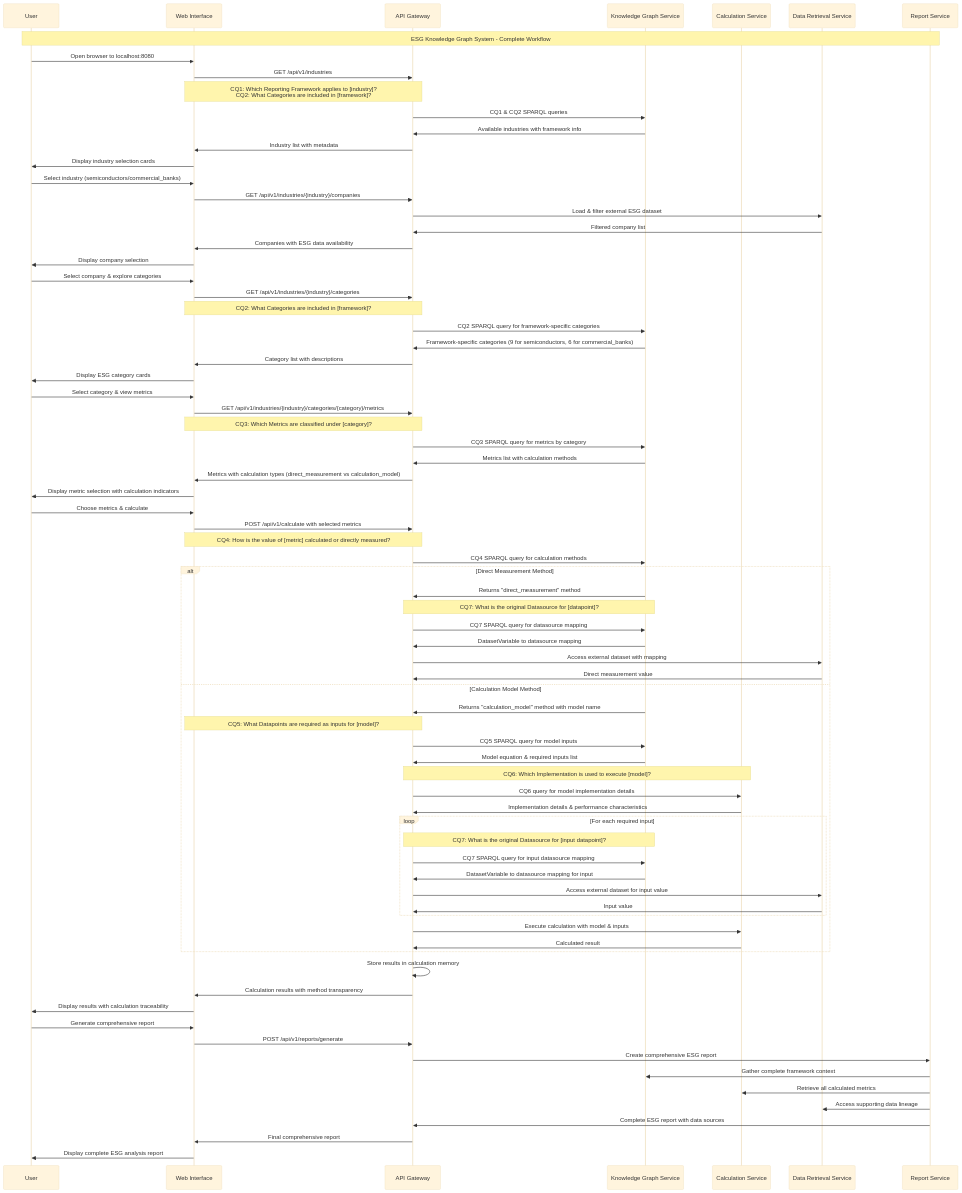
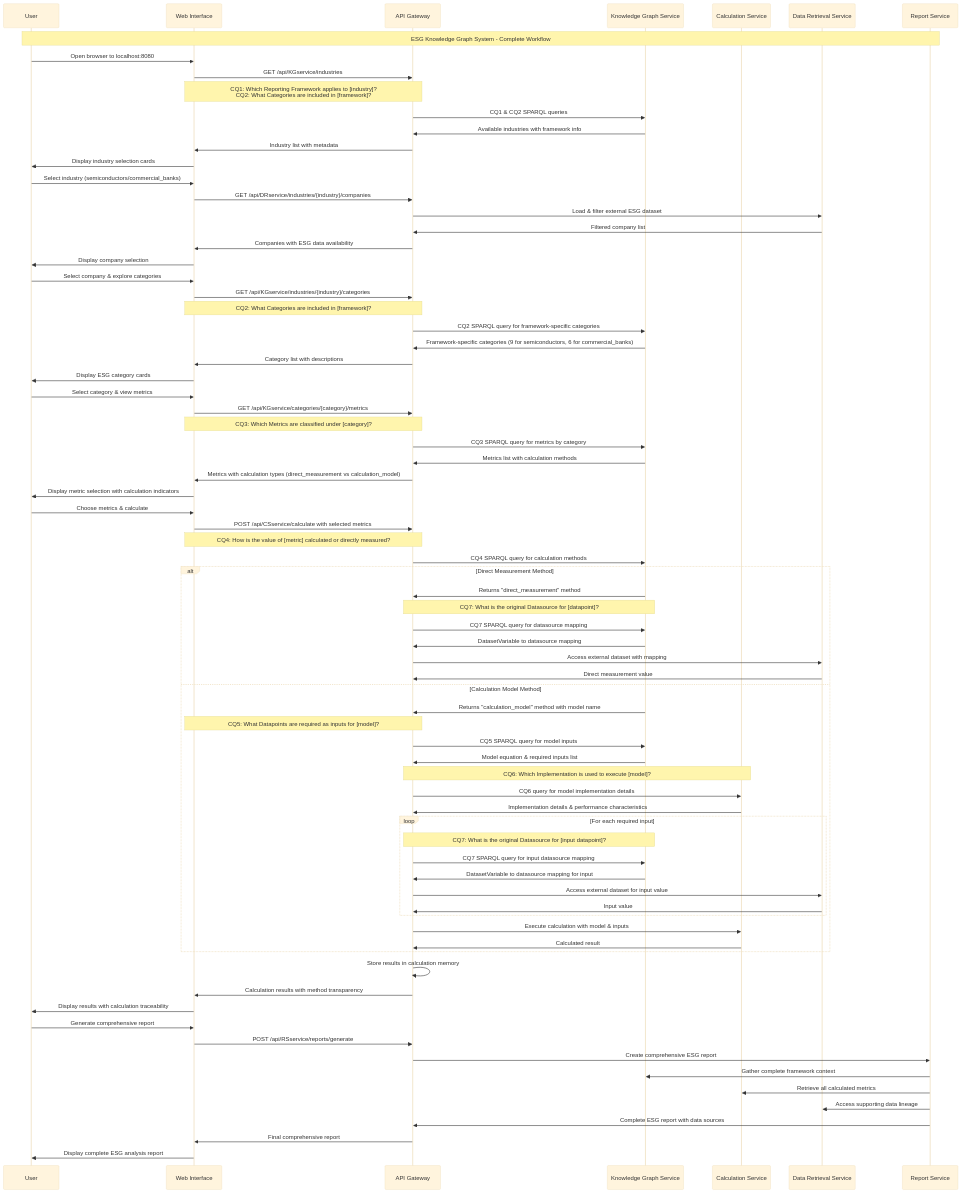
Before and after one commit to Inspiring-Ming/ESG-Metric-System: the diagram in diagrams/esg_system_sequence_diagram.mmd, drawn with Mermaid (base theme). The commit also changed 2 other files, not shown here.

Commit message:
Add OpenAPI 3.0.3 contract and clean up remaining v1 references
- Add openapi.yaml: formal API contract with 27 endpoints across 6 services
  (KGservice, DRservice, CSservice, RSservice, SYSservice, EVALservice),
  12 reusable schemas, and full CQ1-CQ7 documentation
- Update sequence diagram: replace /api/v1/ paths with service-based paths
- Update performance_evaluator: fix api_base_url from /api/v1 to /api

```diff
--- a/diagrams/esg_system_sequence_diagram.mmd
+++ b/diagrams/esg_system_sequence_diagram.mmd
@@ -1,88 +1,88 @@
 sequenceDiagram
     participant User
     participant Web Interface
     participant API Gateway
     participant Knowledge Graph Service
     participant Calculation Service
     participant Data Retrieval Service
     participant Report Service
 
     Note over User,Report Service: ESG Knowledge Graph System - Complete Workflow
 
     User->>Web Interface: Open browser to localhost:8080
-    Web Interface->>API Gateway: GET /api/v1/industries
+    Web Interface->>API Gateway: GET /api/KGservice/industries
     Note over Web Interface,API Gateway: CQ1: Which Reporting Framework applies to [industry]?<br/>CQ2: What Categories are included in [framework]?
     API Gateway->>Knowledge Graph Service: CQ1 & CQ2 SPARQL queries
     Knowledge Graph Service->>API Gateway: Available industries with framework info
     API Gateway->>Web Interface: Industry list with metadata
     Web Interface->>User: Display industry selection cards
 
     User->>Web Interface: Select industry (semiconductors/commercial_banks)
-    Web Interface->>API Gateway: GET /api/v1/industries/{industry}/companies
+    Web Interface->>API Gateway: GET /api/DRservice/industries/{industry}/companies
     API Gateway->>Data Retrieval Service: Load & filter external ESG dataset
     Data Retrieval Service->>API Gateway: Filtered company list
     API Gateway->>Web Interface: Companies with ESG data availability
     Web Interface->>User: Display company selection
 
     User->>Web Interface: Select company & explore categories
-    Web Interface->>API Gateway: GET /api/v1/industries/{industry}/categories
+    Web Interface->>API Gateway: GET /api/KGservice/industries/{industry}/categories
     Note over Web Interface,API Gateway: CQ2: What Categories are included in [framework]?
     API Gateway->>Knowledge Graph Service: CQ2 SPARQL query for framework-specific categories
     Knowledge Graph Service->>API Gateway: Framework-specific categories (9 for semiconductors, 6 for commercial_banks)
     API Gateway->>Web Interface: Category list with descriptions
     Web Interface->>User: Display ESG category cards
 
     User->>Web Interface: Select category & view metrics
-    Web Interface->>API Gateway: GET /api/v1/industries/{industry}/categories/{category}/metrics
+    Web Interface->>API Gateway: GET /api/KGservice/categories/{category}/metrics
     Note over Web Interface,API Gateway: CQ3: Which Metrics are classified under [category]?
     API Gateway->>Knowledge Graph Service: CQ3 SPARQL query for metrics by category
     Knowledge Graph Service->>API Gateway: Metrics list with calculation methods
     API Gateway->>Web Interface: Metrics with calculation types (direct_measurement vs calculation_model)
     Web Interface->>User: Display metric selection with calculation indicators
 
     User->>Web Interface: Choose metrics & calculate
-    Web Interface->>API Gateway: POST /api/v1/calculate with selected metrics
+    Web Interface->>API Gateway: POST /api/CSservice/calculate with selected metrics
     Note over Web Interface,API Gateway: CQ4: How is the value of [metric] calculated or directly measured?
     API Gateway->>Knowledge Graph Service: CQ4 SPARQL query for calculation methods
 
     alt Direct Measurement Method
         Knowledge Graph Service->>API Gateway: Returns "direct_measurement" method
         Note over API Gateway,Knowledge Graph Service: CQ7: What is the original Datasource for [datapoint]?
         API Gateway->>Knowledge Graph Service: CQ7 SPARQL query for datasource mapping
         Knowledge Graph Service->>API Gateway: DatasetVariable to datasource mapping
         API Gateway->>Data Retrieval Service: Access external dataset with mapping
         Data Retrieval Service->>API Gateway: Direct measurement value
     else Calculation Model Method
         Knowledge Graph Service->>API Gateway: Returns "calculation_model" method with model name
         Note over Web Interface,API Gateway: CQ5: What Datapoints are required as inputs for [model]?
         API Gateway->>Knowledge Graph Service: CQ5 SPARQL query for model inputs
         Knowledge Graph Service->>API Gateway: Model equation & required inputs list
         Note over API Gateway,Calculation Service: CQ6: Which Implementation is used to execute [model]?
         API Gateway->>Calculation Service: CQ6 query for model implementation details
         Calculation Service->>API Gateway: Implementation details & performance characteristics
         
         loop For each required input
             Note over API Gateway,Knowledge Graph Service: CQ7: What is the original Datasource for [input datapoint]?
             API Gateway->>Knowledge Graph Service: CQ7 SPARQL query for input datasource mapping
             Knowledge Graph Service->>API Gateway: DatasetVariable to datasource mapping for input
             API Gateway->>Data Retrieval Service: Access external dataset for input value
             Data Retrieval Service->>API Gateway: Input value
         end
         
         API Gateway->>Calculation Service: Execute calculation with model & inputs
         Calculation Service->>API Gateway: Calculated result
     end
 
     API Gateway->>API Gateway: Store results in calculation memory
     API Gateway->>Web Interface: Calculation results with method transparency
     Web Interface->>User: Display results with calculation traceability
 
     User->>Web Interface: Generate comprehensive report
-    Web Interface->>API Gateway: POST /api/v1/reports/generate
+    Web Interface->>API Gateway: POST /api/RSservice/reports/generate
     API Gateway->>Report Service: Create comprehensive ESG report
     Report Service->>Knowledge Graph Service: Gather complete framework context
     Report Service->>Calculation Service: Retrieve all calculated metrics
     Report Service->>Data Retrieval Service: Access supporting data lineage
     Report Service->>API Gateway: Complete ESG report with data sources
     API Gateway->>Web Interface: Final comprehensive report
     Web Interface->>User: Display complete ESG analysis report 
```
